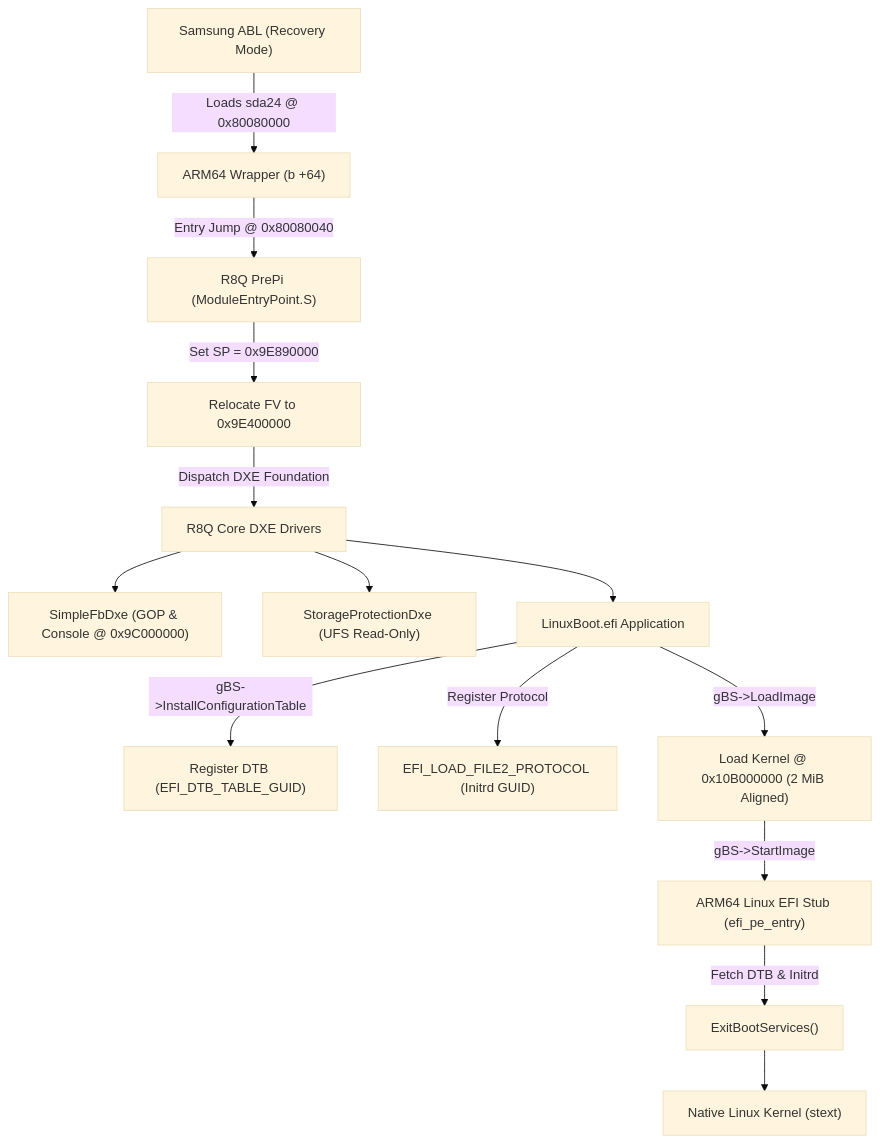
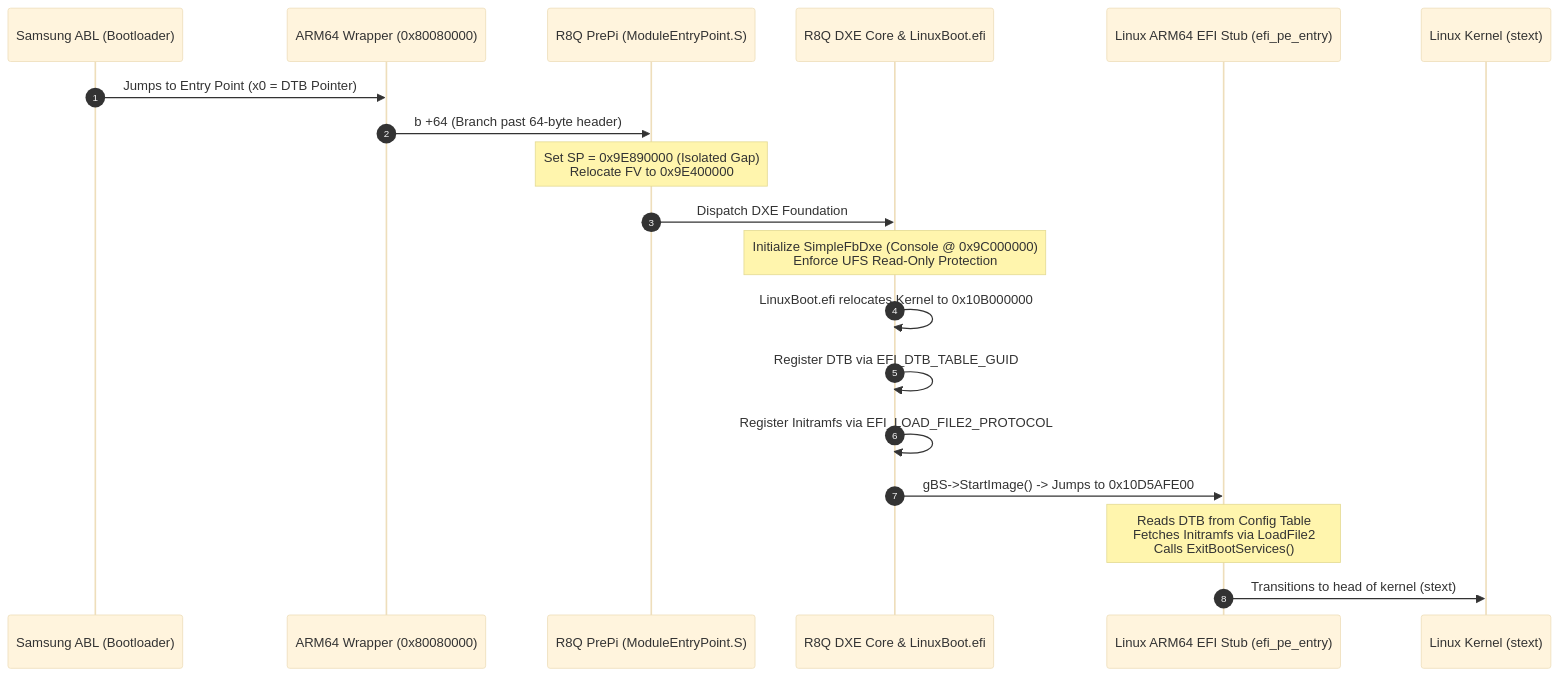
One commit to Rick000000007/r8q-uefi changed the diagram in docs/R8Q_FINAL_BOOT_READINESS_REPORT.md. Above: the diagram before and after it, drawn with Mermaid (base theme). The commit also changed other lines of this file and 2 other files, not shown here.

````diff
--- a/docs/R8Q_FINAL_BOOT_READINESS_REPORT.md
+++ b/docs/R8Q_FINAL_BOOT_READINESS_REPORT.md
@@ -199,16 +165,22 @@
 ```mermaid
-flowchart TD
-    A["Samsung ABL (Recovery Mode)"] -->|"Loads sda24 @ 0x80080000"| B["ARM64 Wrapper (b +64)"]
-    B -->|"Entry Jump @ 0x80080040"| C["R8Q PrePi (ModuleEntryPoint.S)"]
-    C -->|"Set SP = 0x9E890000"| D["Relocate FV to 0x9E400000"]
-    D -->|"Dispatch DXE Foundation"| E["R8Q Core DXE Drivers"]
-    E --> F["SimpleFbDxe (GOP & Console @ 0x9C000000)"]
-    E --> G["StorageProtectionDxe (UFS Read-Only)"]
-    E --> H["LinuxBoot.efi Application"]
-    H -->|"gBS->InstallConfigurationTable"| I["Register DTB (EFI_DTB_TABLE_GUID)"]
-    H -->|"Register Protocol"| J["EFI_LOAD_FILE2_PROTOCOL (Initrd GUID)"]
-    H -->|"gBS->LoadImage"| K["Load Kernel @ 0x10B000000 (2 MiB Aligned)"]
-    K -->|"gBS->StartImage"| L["ARM64 Linux EFI Stub (efi_pe_entry)"]
-    L -->|"Fetch DTB & Initrd"| M["ExitBootServices()"]
-    M --> N["Native Linux Kernel (stext)"]
+sequenceDiagram
+    autonumber
+    participant ABL as Samsung ABL (Bootloader)
+    participant Wrapper as ARM64 Wrapper (0x80080000)
+    participant PrePi as R8Q PrePi (ModuleEntryPoint.S)
+    participant DXE as R8Q DXE Core & LinuxBoot.efi
+    participant Stub as Linux ARM64 EFI Stub (efi_pe_entry)
+    participant Kernel as Linux Kernel (stext)
+
+    ABL->>Wrapper: Jumps to Entry Point (x0 = DTB Pointer)
+    Wrapper->>PrePi: b +64 (Branch past 64-byte header)
+    Note over PrePi: Set SP = 0x9E890000 (Isolated Gap)<br/>Relocate FV to 0x9E400000
+    PrePi->>DXE: Dispatch DXE Foundation
+    Note over DXE: Initialize SimpleFbDxe (Console @ 0x9C000000)<br/>Enforce UFS Read-Only Protection
+    DXE->>DXE: LinuxBoot.efi relocates Kernel to 0x10B000000
+    DXE->>DXE: Register DTB via EFI_DTB_TABLE_GUID
+    DXE->>DXE: Register Initramfs via EFI_LOAD_FILE2_PROTOCOL
+    DXE->>Stub: gBS->StartImage() -> Jumps to 0x10D5AFE00
+    Note over Stub: Reads DTB from Config Table<br/>Fetches Initramfs via LoadFile2<br/>Calls ExitBootServices()
+    Stub->>Kernel: Transitions to head of kernel (stext)
 ```
````
